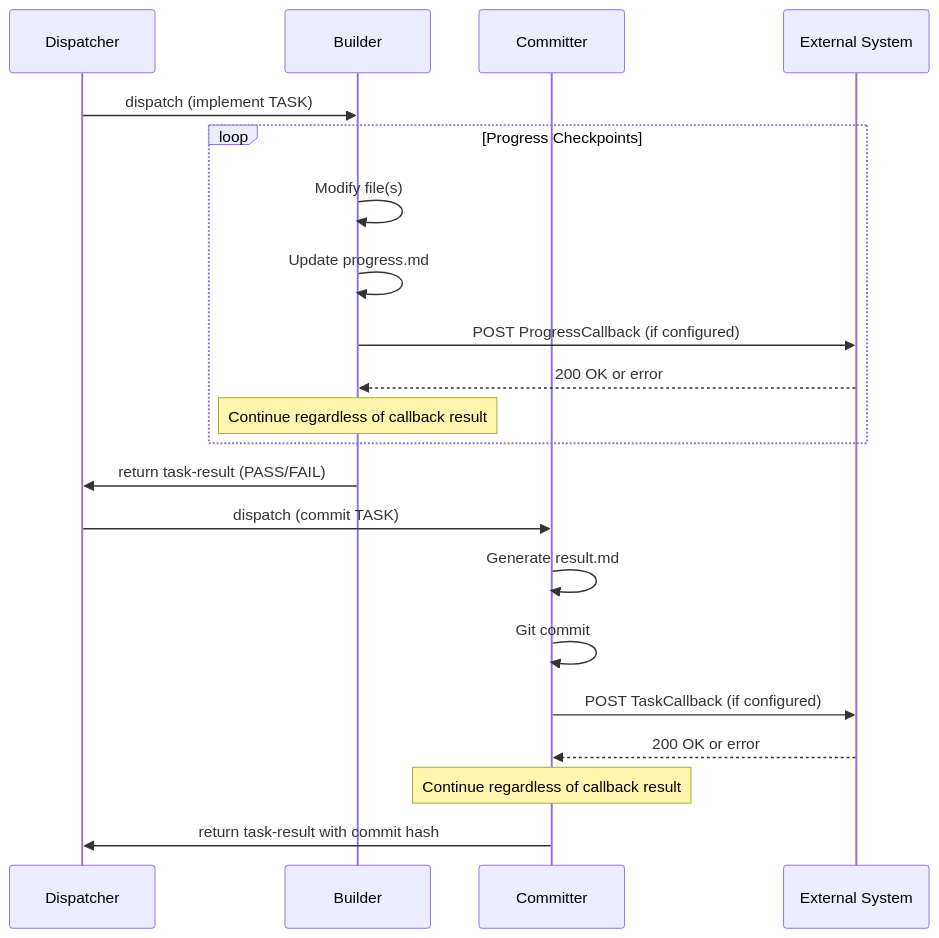
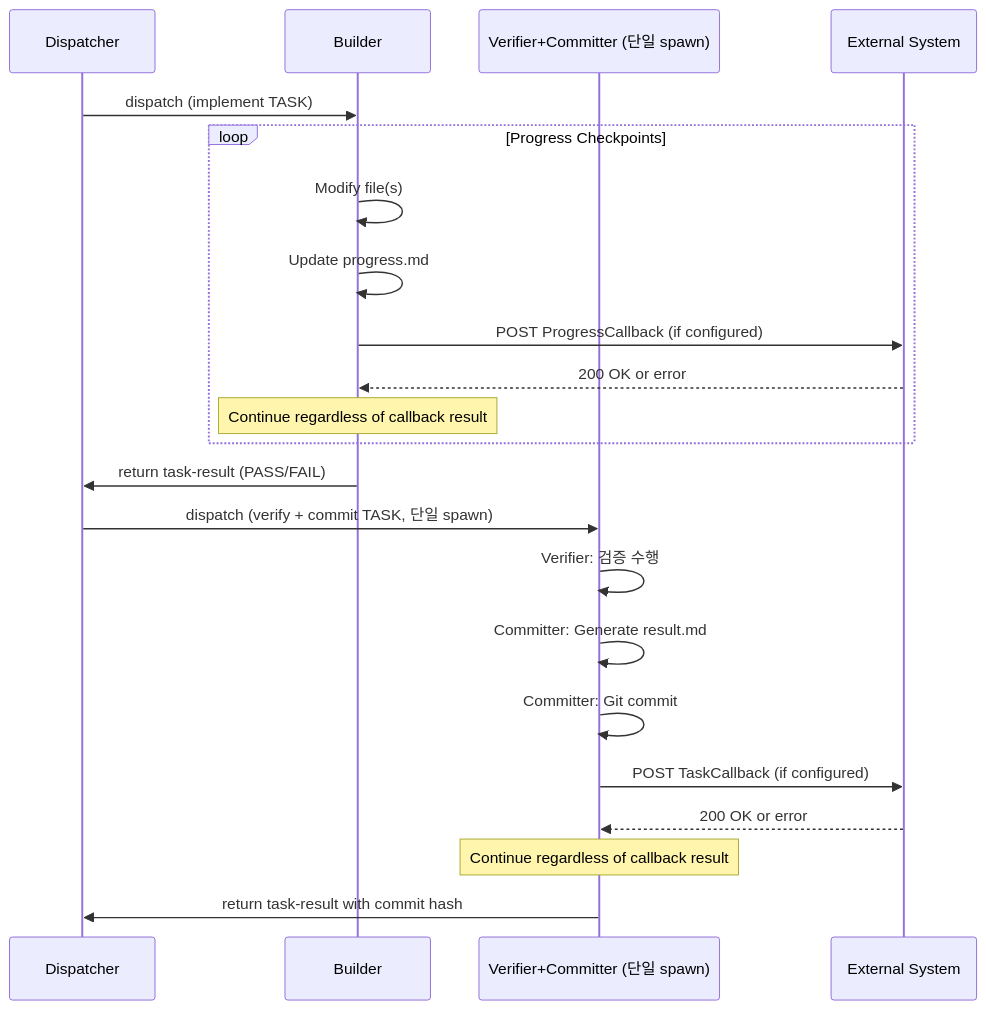
The second of 2 diagrams in docs/spec_callback-integration.md (UCJung/uc-taskmanager-claude-agent), drawn with Mermaid before and after one commit. The commit also changed other lines of this file and 27 other files, not shown here.

````diff
--- a/docs/spec_callback-integration.md
+++ b/docs/spec_callback-integration.md
@@ -229,27 +232,28 @@
 ```mermaid
 sequenceDiagram
     participant Dispatcher
     participant Builder
-    participant Committer
+    participant VerifierCommitter as Verifier+Committer (단일 spawn)
     participant External System
 
     Dispatcher->>Builder: dispatch (implement TASK)
 
     loop Progress Checkpoints
         Builder->>Builder: Modify file(s)
         Builder->>Builder: Update progress.md
         Builder->>External System: POST ProgressCallback (if configured)
         External System-->>Builder: 200 OK or error
         Note over Builder: Continue regardless of callback result
     end
 
     Builder->>Dispatcher: return task-result (PASS/FAIL)
 
-    Dispatcher->>Committer: dispatch (commit TASK)
-    Committer->>Committer: Generate result.md
-    Committer->>Committer: Git commit
-    Committer->>External System: POST TaskCallback (if configured)
-    External System-->>Committer: 200 OK or error
-    Note over Committer: Continue regardless of callback result
-    Committer->>Dispatcher: return task-result with commit hash
+    Dispatcher->>VerifierCommitter: dispatch (verify + commit TASK, 단일 spawn)
+    VerifierCommitter->>VerifierCommitter: Verifier: 검증 수행
+    VerifierCommitter->>VerifierCommitter: Committer: Generate result.md
+    VerifierCommitter->>VerifierCommitter: Committer: Git commit
+    VerifierCommitter->>External System: POST TaskCallback (if configured)
+    External System-->>VerifierCommitter: 200 OK or error
+    Note over VerifierCommitter: Continue regardless of callback result
+    VerifierCommitter->>Dispatcher: return task-result with commit hash
 ```
````
